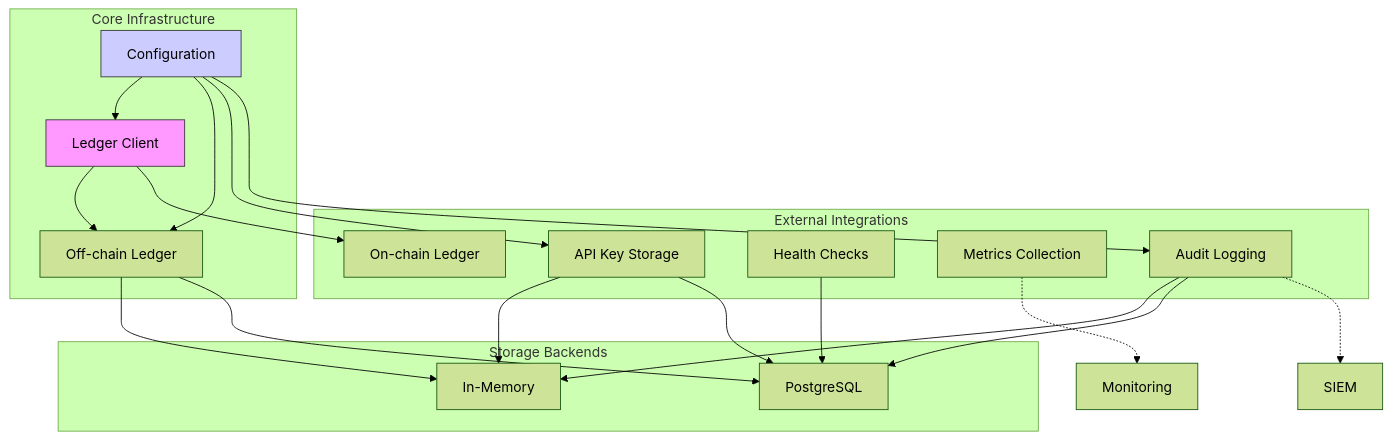
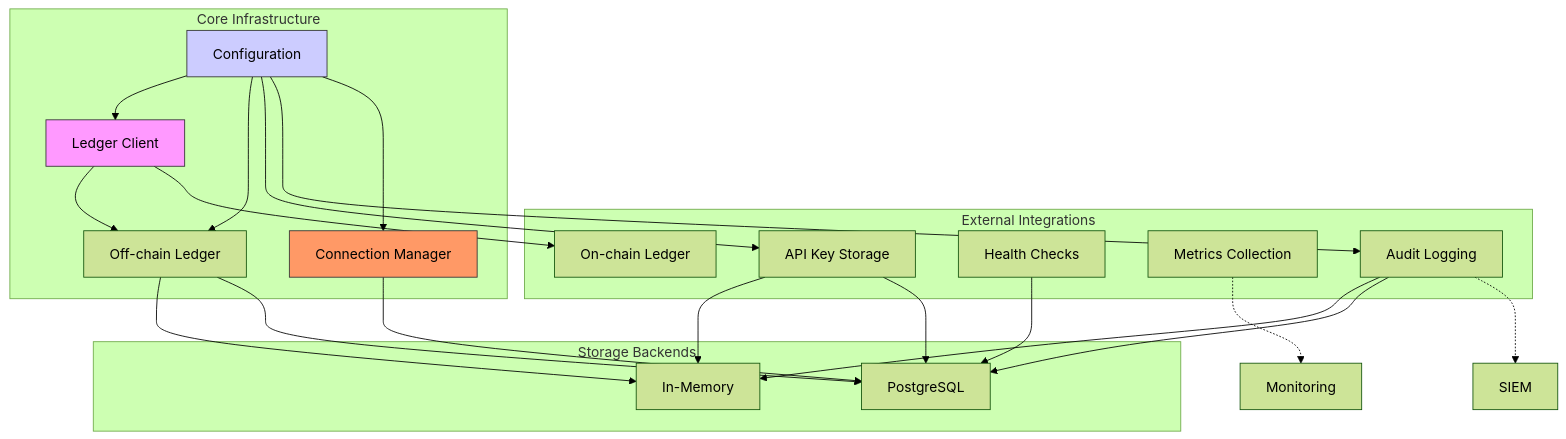
Before and after one commit to gaigenticai/escrowgrid: the second of 10 diagrams in .qoder/repowiki/en/content/Architecture/Backend Architecture/Infrastructure Services/Infrastructure Services.md, drawn with Mermaid (forest theme). The commit also changed other lines of this file and 4 other files, not shown here.

````diff
--- a/.qoder/repowiki/en/content/Architecture/Backend Architecture/Infrastructure Services/Infrastructure Services.md
+++ b/.qoder/repowiki/en/content/Architecture/Backend Architecture/Infrastructure Services/Infrastructure Services.md
@@ -103,36 +118,40 @@
 ```mermaid
 graph TD
 subgraph "External Integrations"
 APIKeys[API Key Storage]
 Audit[Audit Logging]
 Health[Health Checks]
 Metrics[Metrics Collection]
 Ledger[On-chain Ledger]
 end
 subgraph "Core Infrastructure"
 Config[Configuration]
 LedgerClient[Ledger Client]
 OffChainLedger[Off-chain Ledger]
+ConnectionManager[Connection Manager]
 end
 subgraph "Storage Backends"
 Memory[In-Memory]
 Postgres[PostgreSQL]
 end
 Config --> LedgerClient
 Config --> OffChainLedger
 Config --> APIKeys
 Config --> Audit
+Config --> ConnectionManager
 LedgerClient --> OffChainLedger
 LedgerClient --> Ledger
 APIKeys --> Memory
 APIKeys --> Postgres
 Audit --> Memory
 Audit --> Postgres
 OffChainLedger --> Memory
 OffChainLedger --> Postgres
 Health --> Postgres
 Metrics -.-> Monitoring
 Audit -.-> SIEM
+ConnectionManager --> Postgres
 style LedgerClient fill:#f9f,stroke:#333
 style Config fill:#ccf,stroke:#333
+style ConnectionManager fill:#f96,stroke:#333
 ```
````
